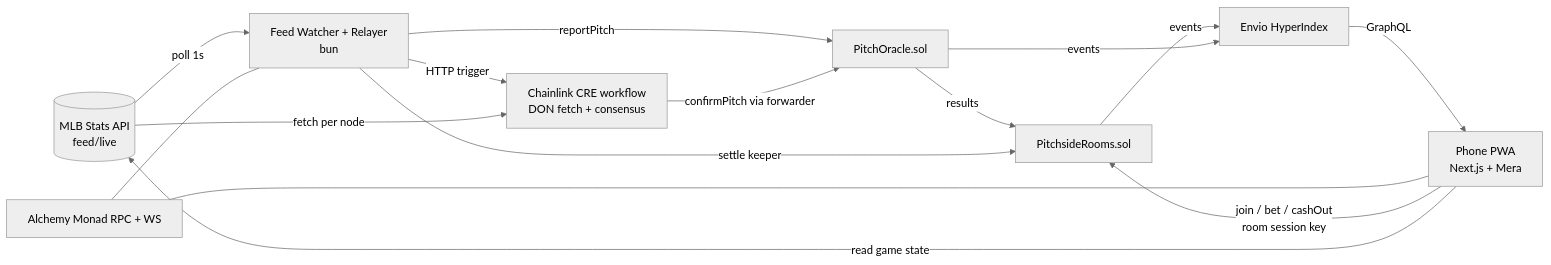
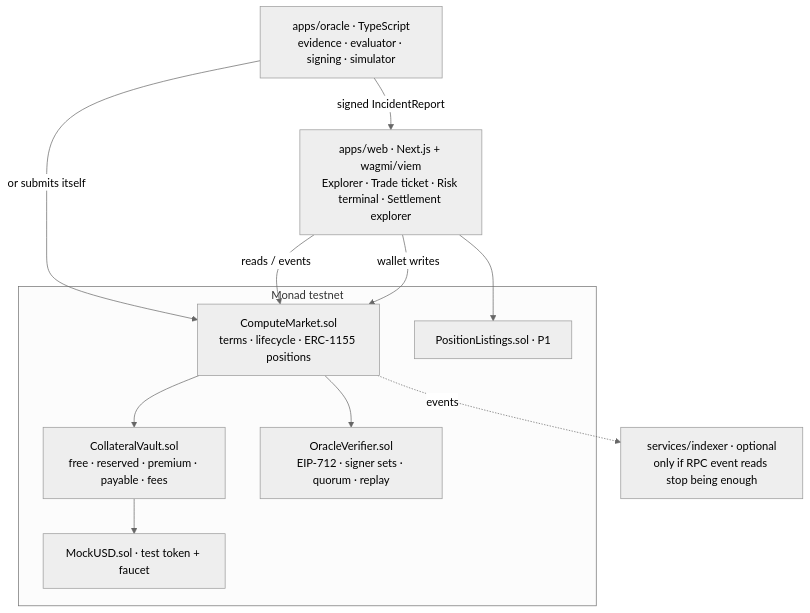
The first of 2 diagrams in docs/ARCHITECTURE.md (Venkat5599/Mn), drawn with Mermaid (neutral theme) before and after one commit. The commit also changed other lines of this file and 121 other files, not shown here.

````diff
--- a/docs/ARCHITECTURE.md
+++ b/docs/ARCHITECTURE.md
@@ -27,17 +9,22 @@
 ```mermaid
-flowchart LR
-  MLB[(MLB Stats API<br/>feed/live)] -->|poll 1s| W[Feed Watcher + Relayer<br/>bun]
-  W -->|reportPitch| O[PitchOracle.sol]
-  W -->|HTTP trigger| CRE[Chainlink CRE workflow<br/>DON fetch + consensus]
-  MLB -->|fetch per node| CRE
-  CRE -->|confirmPitch via forwarder| O
-  O -->|results| R[PitchsideRooms.sol]
-  W -->|settle keeper| R
-  U[Phone PWA<br/>Next.js + Mera] -->|join / bet / cashOut<br/>room session key| R
-  U -->|read game state| MLB
-  R -->|events| E[Envio HyperIndex]
-  O -->|events| E
-  E -->|GraphQL| U
-  RPC[Alchemy Monad RPC + WS] --- U
-  RPC --- W
+flowchart TB
+  W[apps/web · Next.js + wagmi/viem<br/>Explorer · Trade ticket · Risk terminal · Settlement explorer]
+  subgraph Monad testnet
+    CM[ComputeMarket.sol<br/>terms · lifecycle · ERC-1155 positions]
+    V[CollateralVault.sol<br/>free · reserved · premium · payable · fees]
+    OV[OracleVerifier.sol<br/>EIP-712 · signer sets · quorum · replay]
+    PL[PositionListings.sol · P1]
+    T[MockUSD.sol · test token + faucet]
+  end
+  O[apps/oracle · TypeScript<br/>evidence · evaluator · signing · simulator]
+  I[services/indexer · optional<br/>only if RPC event reads stop being enough]
+  W -->|wallet writes| CM
+  W -->|reads / events| CM
+  W --> PL
+  CM --> V
+  CM --> OV
+  V --> T
+  O -->|signed IncidentReport| W
+  O -->|or submits itself| CM
+  CM -. events .-> I
 ```
````
